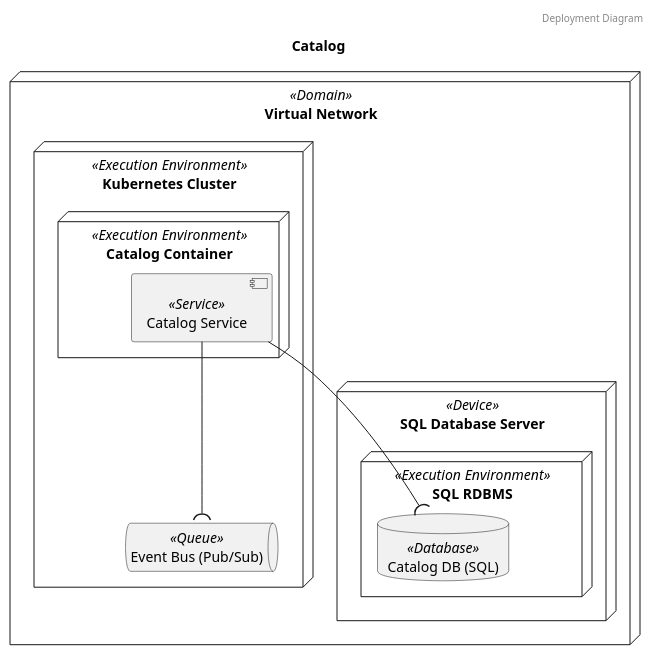
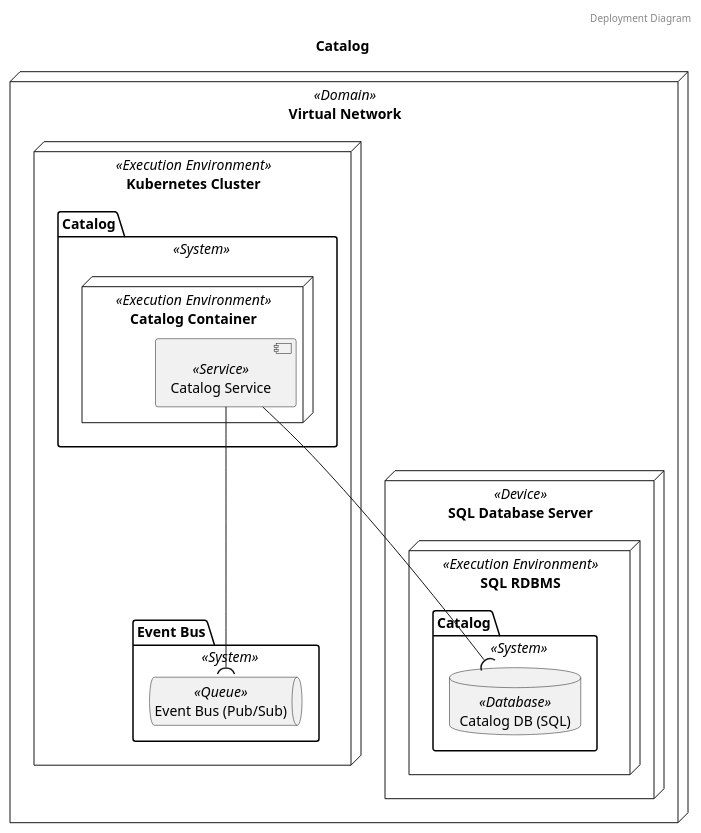
The second of 4 diagrams in diagrams/systems/Catalog.puml (garrettsutula/example-trellis-project), drawn with PlantUML before and after one commit. The commit also changed other lines of this file and 13 other files, not shown here.

```diff
--- a/diagrams/systems/Catalog.puml
+++ b/diagrams/systems/Catalog.puml
@@ -17,20 +17,27 @@
 @startuml Deployment Diagram Catalog
 header Deployment Diagram
 title Catalog
 	node "Virtual Network" as Virtual_Network <<Domain>> {
 		node "Kubernetes Cluster" as Kubernetes_Cluster <<Execution Environment>> {
-			queue "Event Bus (Pub/Sub)" as Event_Bus_Pub_Sub <<Queue>>
-			node "Catalog Container" as Catalog_Container <<Execution Environment>> {
-				component "Catalog Service" as Catalog_Service <<Service>>
+			package "Event Bus" as Event_Bus_Kubernetes_Cluster_package <<System>>{
+				queue "Event Bus (Pub/Sub)" as Event_Bus_Pub_Sub <<Queue>>
+			}
+			package "Catalog" as Catalog_Kubernetes_Cluster_package <<System>>{
+				node "Catalog Container" as Catalog_Container <<Execution Environment>> {
+					component "Catalog Service" as Catalog_Service <<Service>>
+				}
+
 			}
 		}
 		node "SQL Database Server" as SQL_Database_Server <<Device>> {
 			node "SQL RDBMS" as SQL_RDBMS <<Execution Environment>> {
-				database "Catalog DB (SQL)" as Catalog_DB_SQL <<Database>>
+				package "Catalog" as Catalog_SQL_RDBMS_package <<System>>{
+					database "Catalog DB (SQL)" as Catalog_DB_SQL <<Database>>
+				}
 			}
 		}
 	}
 
 	Catalog_Service -down-( Catalog_DB_SQL
 	Catalog_Service -down-( Event_Bus_Pub_Sub
 @enduml
```
